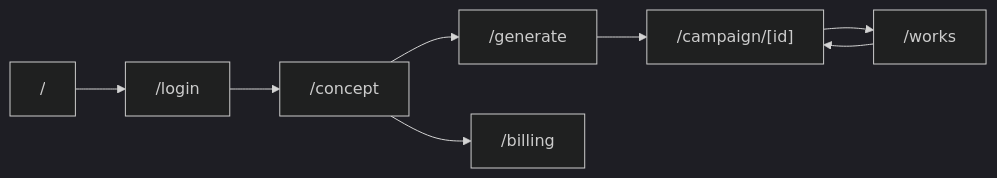
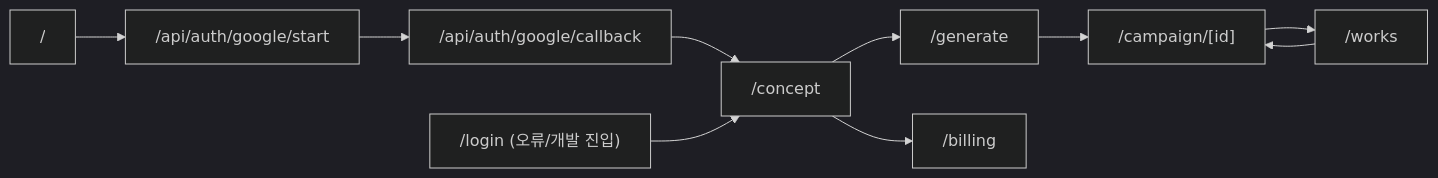
The first of 7 diagrams in SYSTEM_ARCHITECTURE.md (MCuffs/snsagent), drawn with Mermaid (dark theme) before and after one commit. The commit also changed other lines of this file and 25 other files, not shown here.

````diff
--- a/SYSTEM_ARCHITECTURE.md
+++ b/SYSTEM_ARCHITECTURE.md
@@ -36,10 +36,12 @@
 ```mermaid
 flowchart LR
-    Landing["/"] --> Login["/login"]
-    Login --> Concept["/concept"]
+    Landing["/"] --> GoogleStart["/api/auth/google/start"]
+    GoogleStart --> GoogleCallback["/api/auth/google/callback"]
+    GoogleCallback --> Concept["/concept"]
+    Login["/login (오류/개발 진입)"] --> Concept
     Concept --> Generate["/generate"]
     Generate --> Result["/campaign/[id]"]
     Result --> Works["/works"]
     Works --> Result
     Concept --> Billing["/billing"]
 ```
````
